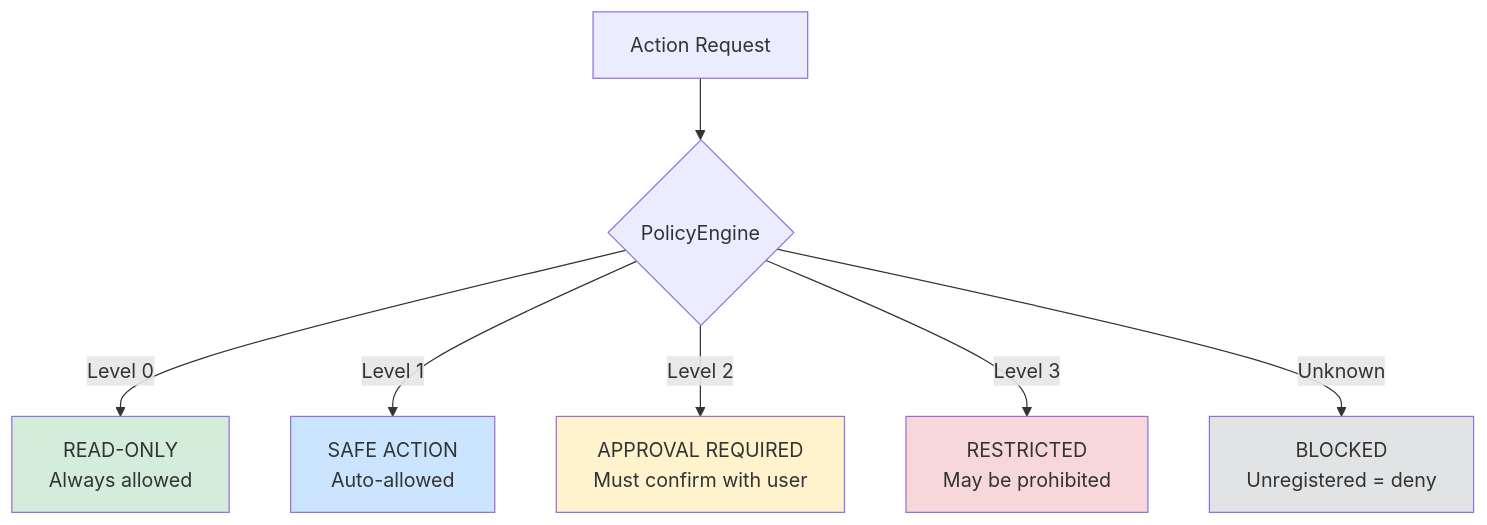
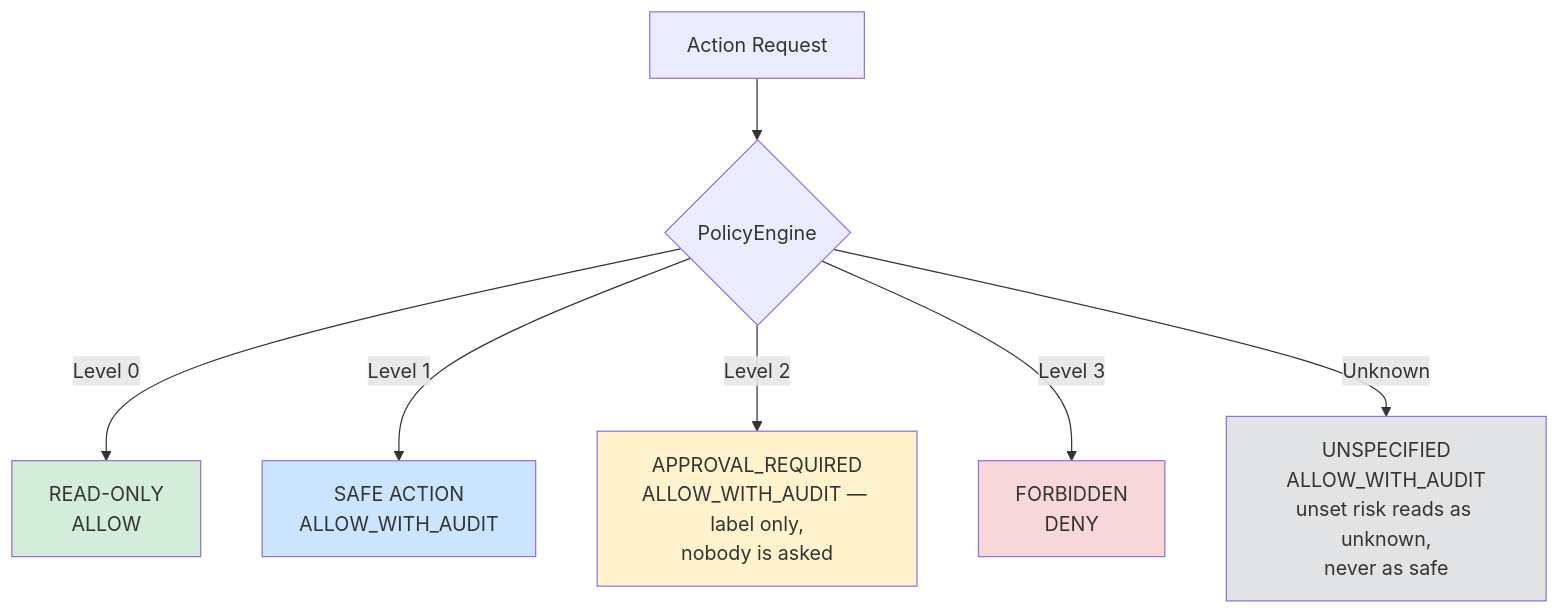
Before and after one commit to Kohaku912/AEGIS: the third of 3 diagrams in docs/architecture.md, drawn with Mermaid. The commit also changed other lines of this file and 724 other files, not shown here.

````diff
--- a/docs/architecture.md
+++ b/docs/architecture.md
@@ -594,15 +621,15 @@
 ```mermaid
 graph TD
     A[Action Request] --> B{PolicyEngine}
-    B -->|Level 0| C[READ-ONLY<br/>Always allowed]
-    B -->|Level 1| D[SAFE ACTION<br/>Auto-allowed]
-    B -->|Level 2| E[APPROVAL REQUIRED<br/>Must confirm with user]
-    B -->|Level 3| F[RESTRICTED<br/>May be prohibited]
-    B -->|Unknown| G[BLOCKED<br/>Unregistered = deny]
+    B -->|Level 0| C[READ-ONLY<br/>ALLOW]
+    B -->|Level 1| D[SAFE ACTION<br/>ALLOW_WITH_AUDIT]
+    B -->|Level 2| E[APPROVAL_REQUIRED<br/>ALLOW_WITH_AUDIT — label only,<br/>nobody is asked]
+    B -->|Level 3| F[FORBIDDEN<br/>DENY]
+    B -->|Unknown| G[UNSPECIFIED<br/>ALLOW_WITH_AUDIT<br/>unset risk reads as unknown,<br/>never as safe]
 
     style C fill:#d4edda
     style D fill:#cce5ff
     style E fill:#fff3cd
     style F fill:#f8d7da
     style G fill:#e2e3e5
 ```
````
